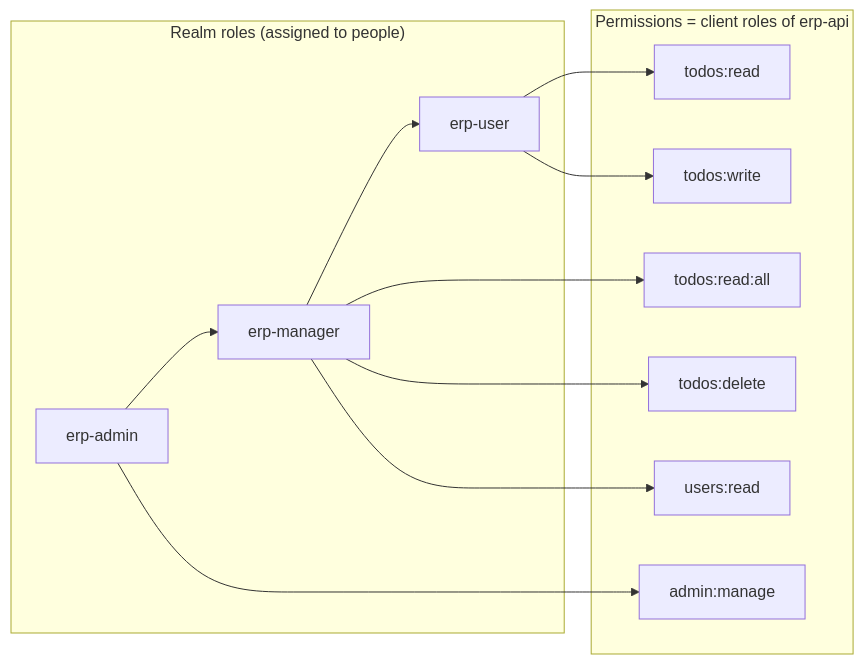
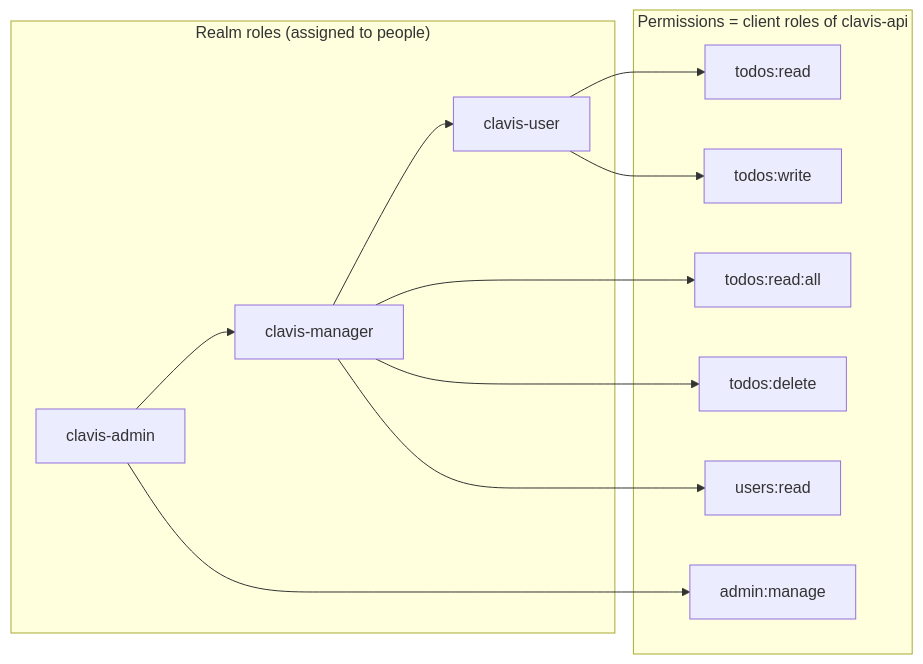
One commit to mapineda48/clavis changed the first of 3 diagrams in docs/authentication.md. Above: the diagram before and after it, drawn with Mermaid. The commit also changed other lines of this file and 130 other files, not shown here.

````diff
--- a/docs/authentication.md
+++ b/docs/authentication.md
@@ -63,25 +63,25 @@
 ```mermaid
 flowchart LR
     subgraph realm["Realm roles (assigned to people)"]
-        U["erp-user"]
-        M["erp-manager"]
-        A["erp-admin"]
+        U["clavis-user"]
+        M["clavis-manager"]
+        A["clavis-admin"]
     end
-    subgraph perms["Permissions = client roles of erp-api"]
+    subgraph perms["Permissions = client roles of clavis-api"]
         P1["todos:read"]
         P2["todos:write"]
         P3["todos:read:all"]
         P4["todos:delete"]
         P5["users:read"]
         P6["admin:manage"]
     end
 
     U --> P1
     U --> P2
     M --> U
     M --> P3
     M --> P4
     M --> P5
     A --> M
     A --> P6
 ```
````
